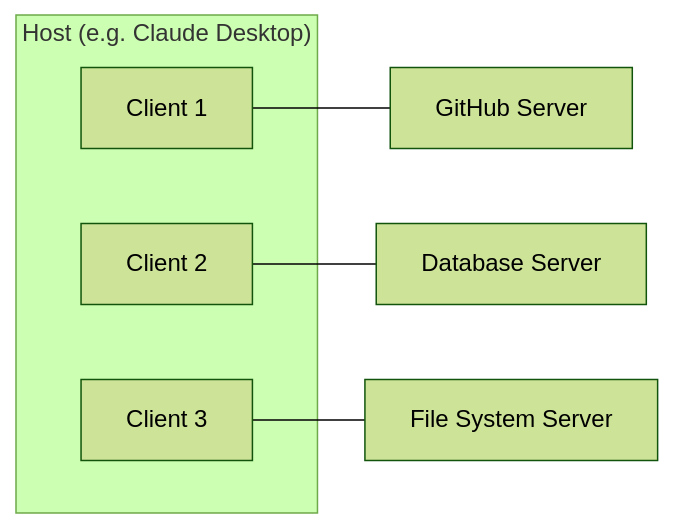
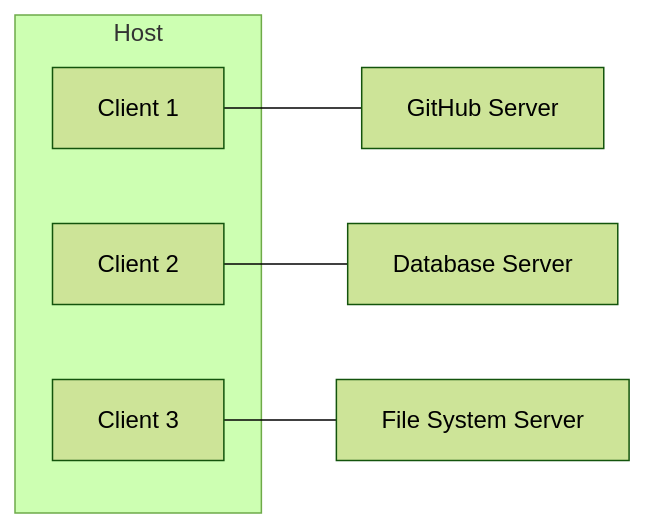
The diagram in front/public/blog/posts/field-notes/model-context-protocol.md (JuanLara18/Portfolio), drawn with Mermaid (forest theme) before and after one commit.

Commit message:
fix: simplify host label in model context protocol diagram

````diff
--- a/front/public/blog/posts/field-notes/model-context-protocol.md
+++ b/front/public/blog/posts/field-notes/model-context-protocol.md
@@ -54,11 +54,11 @@
 ```mermaid
 flowchart LR
-    subgraph HOST["Host (e.g. Claude Desktop)"]
+    subgraph HOST["Host"]
         C1["Client 1"]
         C2["Client 2"]
         C3["Client 3"]
     end
     C1 --- S1["GitHub Server"]
     C2 --- S2["Database Server"]
     C3 --- S3["File System Server"]
 ```
````
